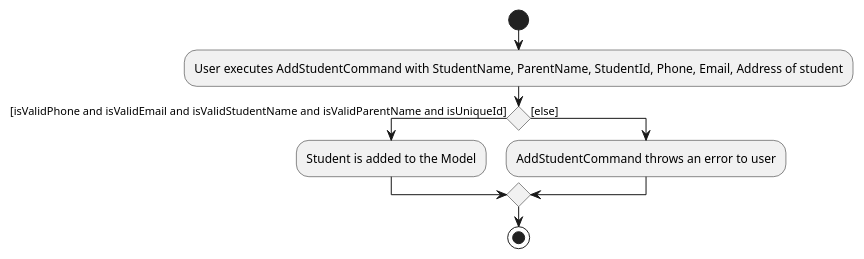
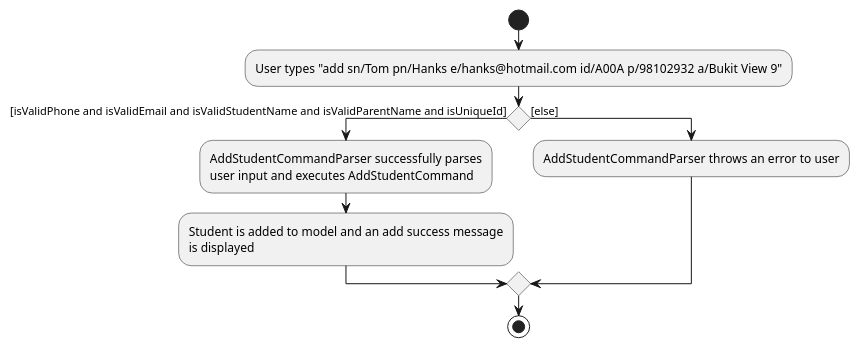
One commit to WeiHungLoh/tp changed the diagram in docs/diagrams/AddStudentCommand.puml. Above: the diagram before and after it, drawn with PlantUML. The commit also changed 6 other files, not shown here.

```diff
--- a/docs/diagrams/AddStudentCommand.puml
+++ b/docs/diagrams/AddStudentCommand.puml
@@ -1,10 +1,13 @@
 @startuml
 start
-:User executes AddStudentCommand with StudentName, ParentName, StudentId, Phone, Email, Address of student;
+:User types "add sn/Tom pn/Hanks e/hanks@hotmail.com id/A00A p/98102932 a/Bukit View 9";
 if () then ([isValidPhone and isValidEmail and isValidStudentName and isValidParentName and isUniqueId])
-    :Student is added to the Model;
+    :AddStudentCommandParser successfully parses
+    user input and executes AddStudentCommand;
+    :Student is added to model and an add success message
+    is displayed;
 else ([else])
-:AddStudentCommand throws an error to user;
+:AddStudentCommandParser throws an error to user;
 endif
 stop
 @enduml
```
